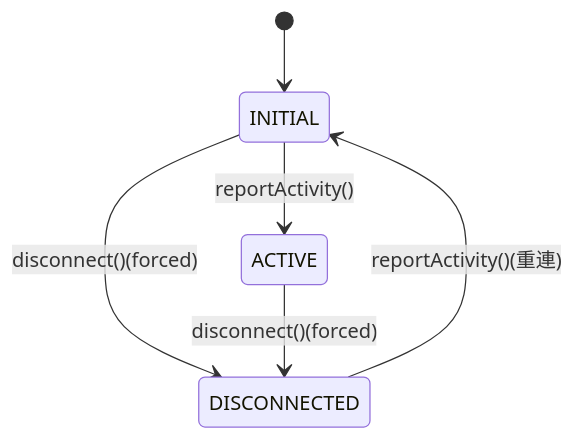
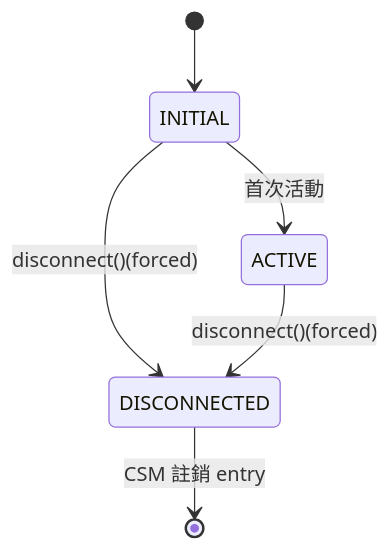
Before and after one commit to cocobird231/rv2_project: the fifth of 43 diagrams in r1_design_draft.md, drawn with Mermaid. The commit also changed other lines of this file and 1 other file, not shown here.

````diff
--- a/r1_design_draft.md
+++ b/r1_design_draft.md
@@ -319,8 +382,8 @@
 ```mermaid
 stateDiagram-v2
     [*] --> INITIAL
-    INITIAL --> ACTIVE : reportActivity()
+    INITIAL --> ACTIVE : 首次活動
     INITIAL --> DISCONNECTED : disconnect()(forced)
     ACTIVE --> DISCONNECTED : disconnect()(forced)
-    DISCONNECTED --> INITIAL : reportActivity()(重連)
+    DISCONNECTED --> [*] : CSM 註銷 entry
 ```
````
